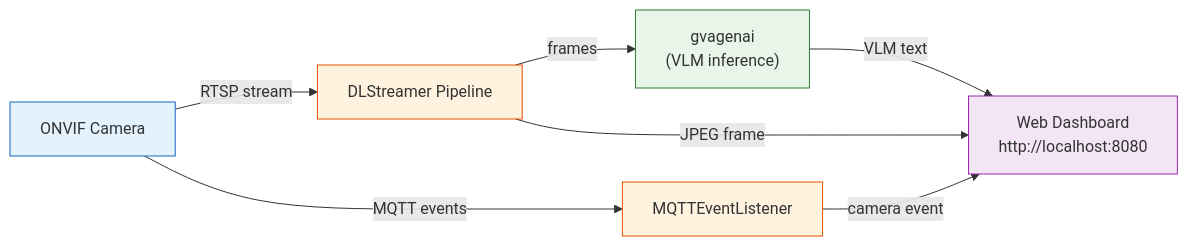
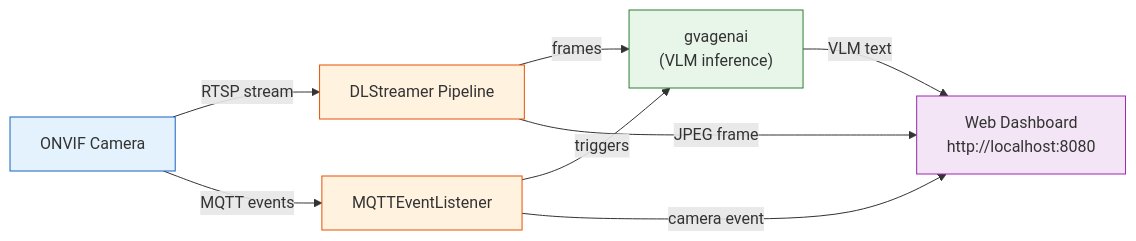
The first of 2 diagrams in samples/gstreamer/python/onvif_camera_analytics_validation/README.md (open-edge-platform/dlstreamer), drawn with Mermaid before and after one commit. The commit also changed other lines of this file and 1 other file, not shown here.

````diff
--- a/samples/gstreamer/python/onvif_camera_analytics_validation/README.md
+++ b/samples/gstreamer/python/onvif_camera_analytics_validation/README.md
@@ -10,15 +10,16 @@
 ```mermaid
 graph LR
     A["ONVIF Camera"] -->|"RTSP stream"| B["DLStreamer Pipeline"]
     B -->|"frames"| D["gvagenai\n(VLM inference)"]
     A -->|"MQTT events"| C["MQTTEventListener"]
+    C -->|"triggers"| D
     D -->|"VLM text"| F["Web Dashboard\nhttp://localhost:8080"]
     C -->|"camera event"| F
     B -->|"JPEG frame"| F
 
     style A fill:#e3f2fd,stroke:#1565C0
     style B fill:#fff3e0,stroke:#E65100
     style C fill:#fff3e0,stroke:#E65100
     style D fill:#e8f5e9,stroke:#2E7D32
     style F fill:#f3e5f5,stroke:#9C27B0
 ```
````
